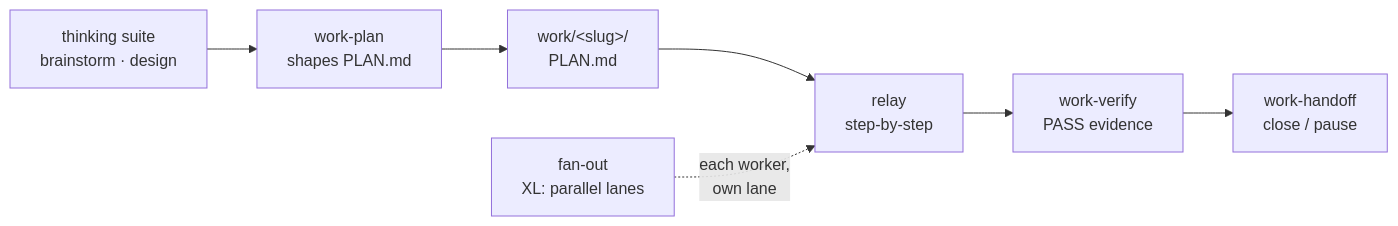
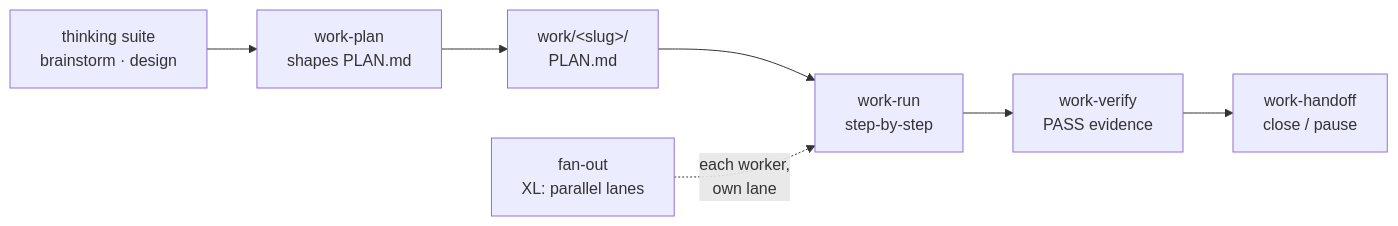
One commit to bygama/Agent-Engineering changed the third of 5 diagrams in README.md. Above: the diagram before and after it, drawn with Mermaid. The commit also changed other lines of this file and 18 other files, not shown here.

````diff
--- a/README.md
+++ b/README.md
@@ -134,9 +134,9 @@
 ```mermaid
 flowchart LR
     TH["thinking suite<br/>brainstorm · design"] --> WP["work-plan<br/>shapes PLAN.md"]
     WP --> PL["work/&lt;slug&gt;/<br/>PLAN.md"]
-    PL --> RE["relay<br/>step-by-step"]
+    PL --> RE["work-run<br/>step-by-step"]
     RE --> WV["work-verify<br/>PASS evidence"]
     WV --> WH["work-handoff<br/>close / pause"]
     FO["fan-out<br/>XL: parallel lanes"] -.->|"each worker,<br/>own lane"| RE
 ```
````
